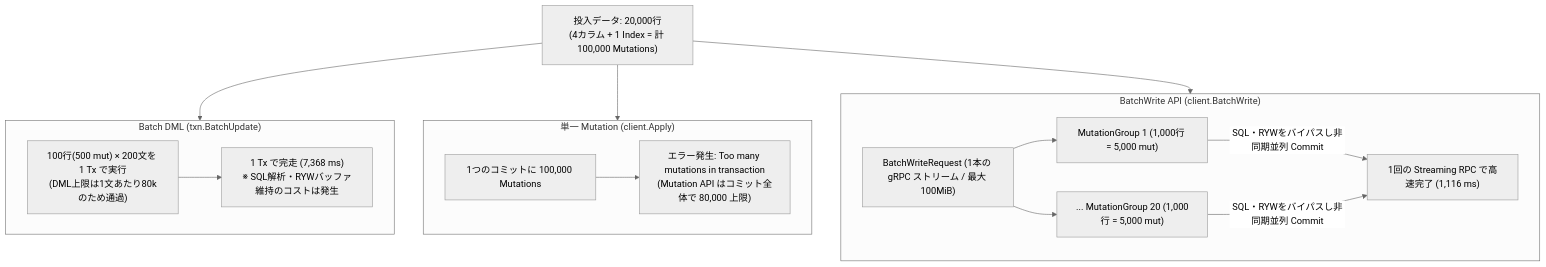
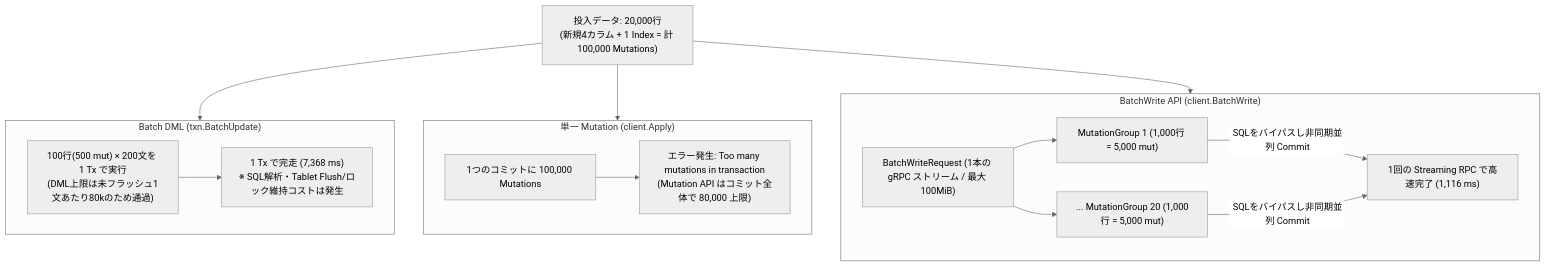
One commit to michity15169/zenn-content changed the fourth of 6 diagrams in articles/7aad16e9b5760d.md. Above: the diagram before and after it, drawn with Mermaid (neutral theme). The commit also changed other lines of this file, not shown here.

Commit message:
fix: Spanner バルク書き込み記事の技術的正確性・アーキテクチャ図・サンプルコードの改修

````diff
--- a/articles/7aad16e9b5760d.md
+++ b/articles/7aad16e9b5760d.md
@@ -332,28 +368,28 @@
 ```mermaid
 flowchart TD
-    Data["投入データ: 20,000行\n(4カラム + 1 Index = 計 100,000 Mutations)"]
+    Data["投入データ: 20,000行\n(新規4カラム + 1 Index = 計 100,000 Mutations)"]
 
     subgraph BatchDML20k ["Batch DML (txn.BatchUpdate)"]
-        DMLStmts["100行(500 mut) × 200文を 1 Tx で実行\n(DML上限は1文あたり80kのため通過)"]
-        DMLDone["1 Tx で完走 (7,368 ms)\n※ SQL解析・RYWバッファ維持のコストは発生"]
+        DMLStmts["100行(500 mut) × 200文を 1 Tx で実行\n(DML上限は未フラッシュ1文あたり80kのため通過)"]
+        DMLDone["1 Tx で完走 (7,368 ms)\n※ SQL解析・Tablet Flush/ロック維持コストは発生"]
         DMLStmts --> DMLDone
     end
 
     subgraph SingleApply ["単一 Mutation (client.Apply)"]
         TxSingle["1つのコミットに 100,000 Mutations"]
         Err["エラー発生: Too many mutations in transaction\n(Mutation API はコミット全体で 80,000 上限)"]
         TxSingle --> Err
     end
 
     subgraph BatchWriteAPI ["BatchWrite API (client.BatchWrite)"]
         Stream["BatchWriteRequest (1本の gRPC ストリーム / 最大 100MiB)"]
         MG1["MutationGroup 1 (1,000行 = 5,000 mut)"]
         MGN["... MutationGroup 20 (1,000行 = 5,000 mut)"]
         Stream --> MG1 & MGN
-        MG1 & MGN -->|"SQL・RYWをバイパスし非同期並列 Commit"| BWDone["1回の Streaming RPC で高速完了 (1,116 ms)"]
+        MG1 & MGN -->|"SQLをバイパスし非同期並列 Commit"| BWDone["1回の Streaming RPC で高速完了 (1,116 ms)"]
     end
 
     Data --> BatchDML20k
     Data --> SingleApply
     Data --> BatchWriteAPI
 ```
````
